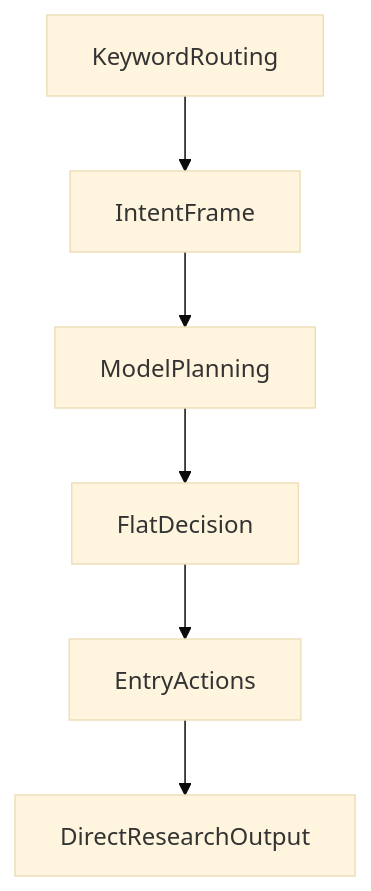
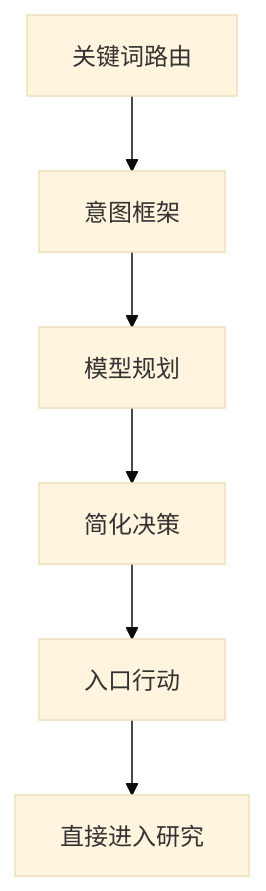
The fifth of 6 diagrams in articles/022-agent-entry-from-intent-to-direct-research.md (hpoenixf/eff-agent-article), drawn with Mermaid (base theme) before and after one commit. The commit also changed other lines of this file and 52 other files, not shown here.

Commit message:
docs: localize diagrams and clarify flagship guides

````diff
--- a/articles/022-agent-entry-from-intent-to-direct-research.md
+++ b/articles/022-agent-entry-from-intent-to-direct-research.md
@@ -555,8 +555,8 @@
 ```mermaid
 graph TD
-KeywordRouting --> IntentFrame
-IntentFrame --> ModelPlanning
-ModelPlanning --> FlatDecision
-FlatDecision --> EntryActions
-EntryActions --> DirectResearchOutput
+KeywordRouting["关键词路由"] --> IntentFrame["意图框架"]
+IntentFrame --> ModelPlanning["模型规划"]
+ModelPlanning --> FlatDecision["简化决策"]
+FlatDecision --> EntryActions["入口行动"]
+EntryActions --> DirectResearchOutput["直接进入研究"]
 ```
````
